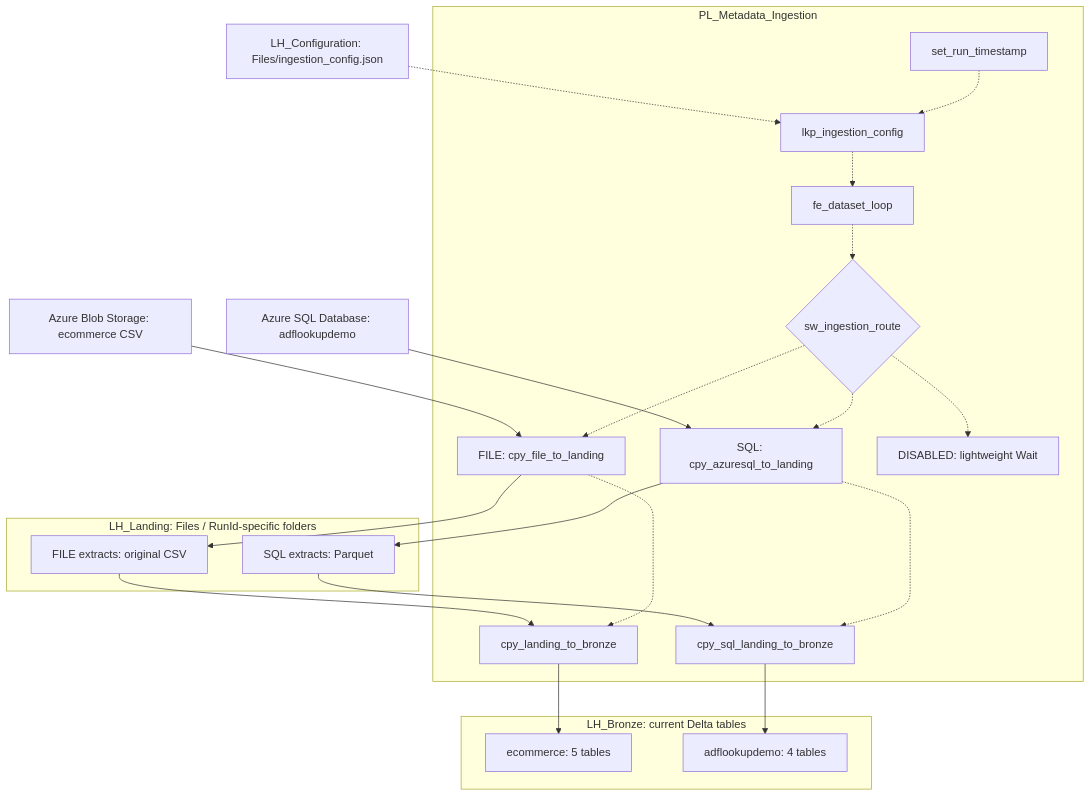
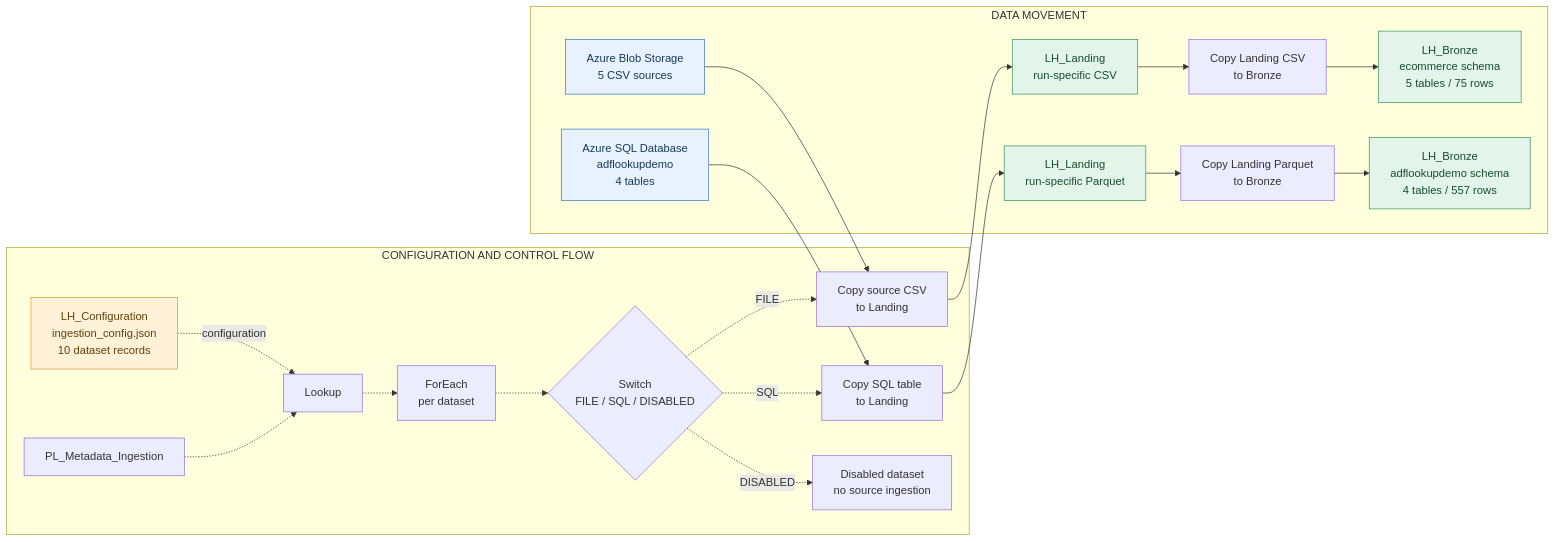
The diagram in README.md (DJ8052/fabric-metadata-driven-ingestion), drawn with Mermaid before and after one commit. The commit also changed other lines of this file and 5 other files, not shown here.

Commit message:
Finalize Fabric ingestion documentation and configuration validation

````diff
--- a/README.md
+++ b/README.md
@@ -28,42 +70,49 @@
 ```mermaid
-flowchart TB
-  blob["Azure Blob Storage: ecommerce CSV"]
-  sql["Azure SQL Database: adflookupdemo"]
-  cfg["LH_Configuration: Files/ingestion_config.json"]
-  subgraph pipeline["PL_Metadata_Ingestion"]
-    ts["set_run_timestamp"]
-    lookup["lkp_ingestion_config"]
-    loop["fe_dataset_loop"]
-    route{"sw_ingestion_route"}
-    f1["FILE: cpy_file_to_landing"]
-    f2["cpy_landing_to_bronze"]
-    s1["SQL: cpy_azuresql_to_landing"]
-    s2["cpy_sql_landing_to_bronze"]
-    skip["DISABLED: lightweight Wait"]
-    ts -.-> lookup
-    lookup -.-> loop
-    loop -.-> route
-    route -.-> f1
-    route -.-> s1
-    route -.-> skip
-    f1 -.-> f2
-    s1 -.-> s2
-  end
-  subgraph landing["LH_Landing: Files / RunId-specific folders"]
-    csv["FILE extracts: original CSV"]
-    pq["SQL extracts: Parquet"]
-  end
-  subgraph bronze["LH_Bronze: current Delta tables"]
-    ec["ecommerce: 5 tables"]
-    az["adflookupdemo: 4 tables"]
-  end
-  cfg -.-> lookup
-  blob --> f1
-  f1 --> csv
-  csv --> f2
-  f2 --> ec
-  sql --> s1
-  s1 --> pq
-  pq --> s2
-  s2 --> az
+flowchart LR
+    subgraph CONTROL["CONFIGURATION AND CONTROL FLOW"]
+        JSON["LH_Configuration<br/>ingestion_config.json<br/>10 dataset records"]
+        START["PL_Metadata_Ingestion"]
+        LOOKUP["Lookup"]
+        LOOP["ForEach<br/>per dataset"]
+        SWITCH{"Switch<br/>FILE / SQL / DISABLED"}
+        SKIP["Disabled dataset<br/>no source ingestion"]
+
+        START -.-> LOOKUP
+        LOOKUP -.-> LOOP
+        LOOP -.-> SWITCH
+        SWITCH -. FILE .-> FILE_COPY_1
+        SWITCH -. SQL .-> SQL_COPY_1
+        SWITCH -. DISABLED .-> SKIP
+        JSON -. configuration .-> LOOKUP
+    end
+
+    subgraph DATA["DATA MOVEMENT"]
+        BLOB["Azure Blob Storage<br/>5 CSV sources"]
+        SQL["Azure SQL Database<br/>adflookupdemo<br/>4 tables"]
+        FILE_COPY_1["Copy source CSV<br/>to Landing"]
+        CSV["LH_Landing<br/>run-specific CSV"]
+        FILE_COPY_2["Copy Landing CSV<br/>to Bronze"]
+        SQL_COPY_1["Copy SQL table<br/>to Landing"]
+        PARQUET["LH_Landing<br/>run-specific Parquet"]
+        SQL_COPY_2["Copy Landing Parquet<br/>to Bronze"]
+        ECOM["LH_Bronze<br/>ecommerce schema<br/>5 tables / 75 rows"]
+        AZSQL["LH_Bronze<br/>adflookupdemo schema<br/>4 tables / 557 rows"]
+
+        BLOB --> FILE_COPY_1
+        FILE_COPY_1 --> CSV
+        CSV --> FILE_COPY_2
+        FILE_COPY_2 --> ECOM
+        SQL --> SQL_COPY_1
+        SQL_COPY_1 --> PARQUET
+        PARQUET --> SQL_COPY_2
+        SQL_COPY_2 --> AZSQL
+    end
+
+    classDef source fill:#E8F2FF,stroke:#3976B8,color:#18395B
+    classDef config fill:#FFF2D9,stroke:#D69A30,color:#60410A
+    classDef output fill:#E3F4EA,stroke:#37915E,color:#174D30
+
+    class BLOB,SQL source
+    class JSON config
+    class CSV,PARQUET,ECOM,AZSQL output
 ```
````
